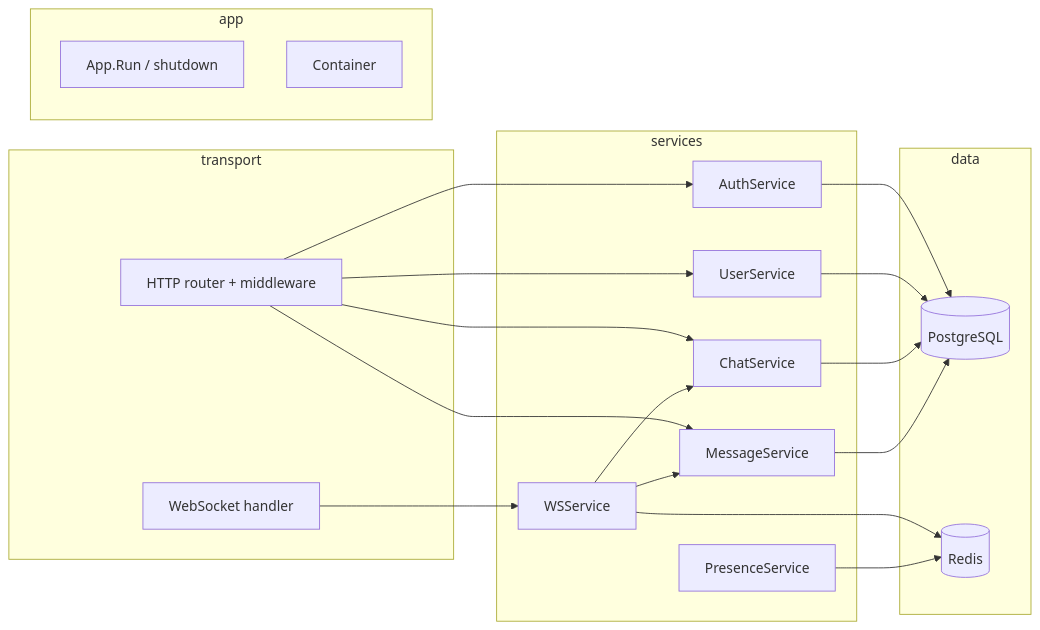
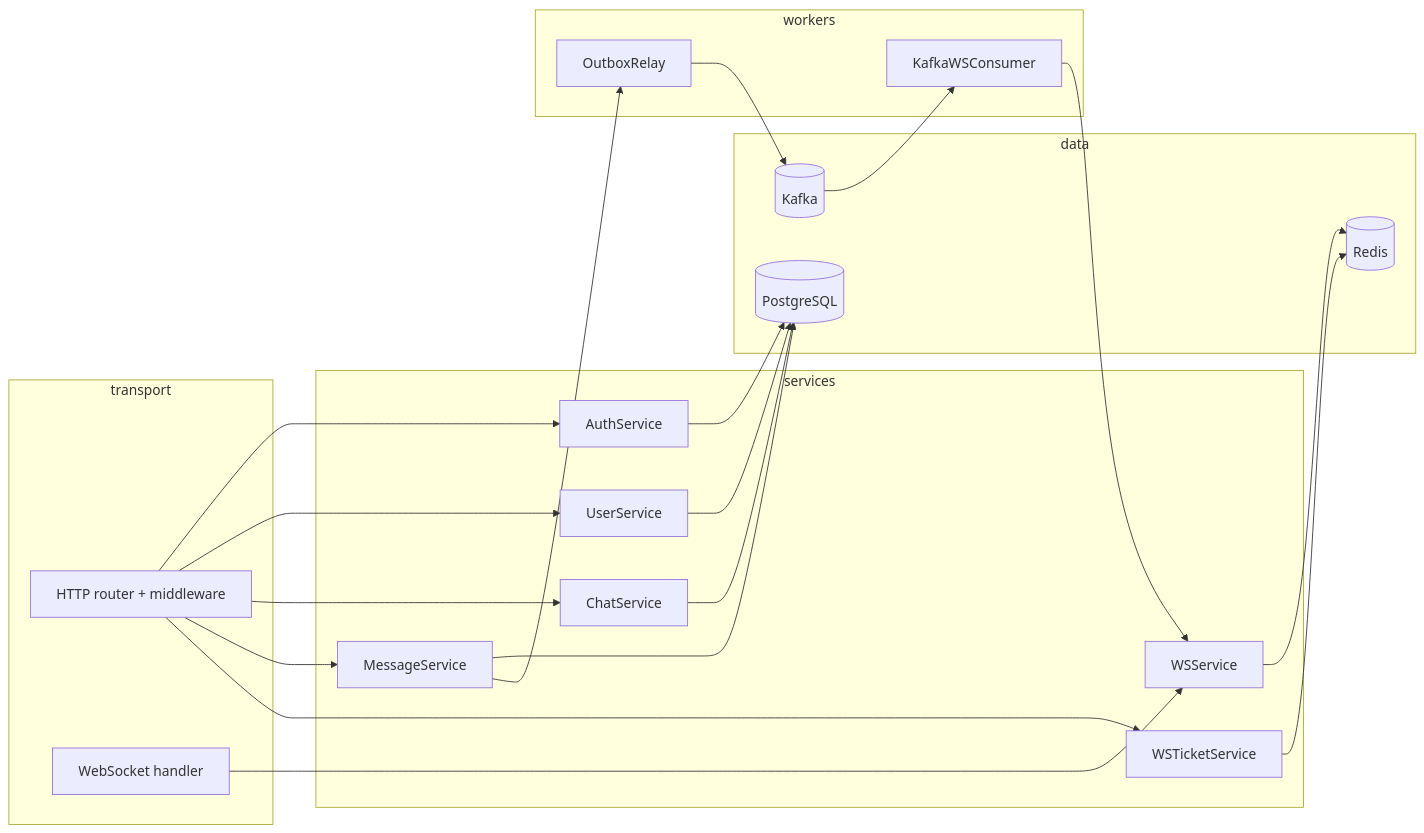
One commit to Ilpaka/gomsg changed the diagram in README.md. Above: the diagram before and after it, drawn with Mermaid. The commit also changed other lines of this file and 1 other file, not shown here.

````diff
--- a/README.md
+++ b/README.md
@@ -9,29 +42,33 @@
 ```mermaid
 flowchart LR
   subgraph transport
     HTTP[HTTP router + middleware]
     WS[WebSocket handler]
-  end
-  subgraph app
-    App[App.Run / shutdown]
-    C[Container]
   end
   subgraph services
     Auth[AuthService]
     User[UserService]
     Chat[ChatService]
     Msg[MessageService]
     WSvc[WSService]
-    Pres[PresenceService]
+    Ticket[WSTicketService]
   end
   subgraph data
     PG[(PostgreSQL)]
     RD[(Redis)]
+    KF[(Kafka)]
   end
-  HTTP --> Auth & User & Chat & Msg
+  subgraph workers
+    Outbox[OutboxRelay]
+    Consumer[KafkaWSConsumer]
+  end
+  HTTP --> Auth & User & Chat & Msg & Ticket
   WS --> WSvc
-  WSvc --> Msg & Chat
   Auth & User & Chat & Msg --> PG
+  Ticket --> RD
   WSvc --> RD
-  Pres --> RD
+  Msg --> Outbox
+  Outbox --> KF
+  KF --> Consumer
+  Consumer --> WSvc
 ```
````
